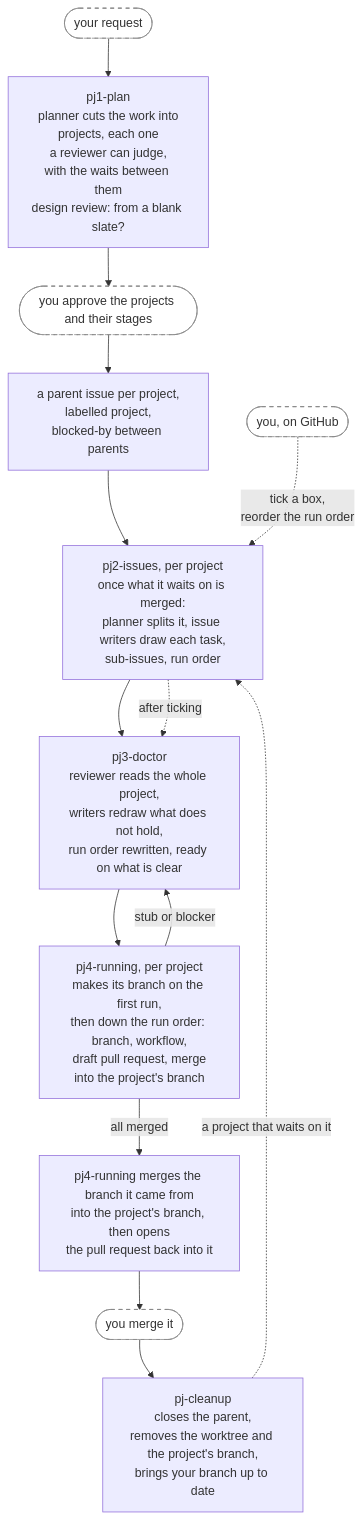
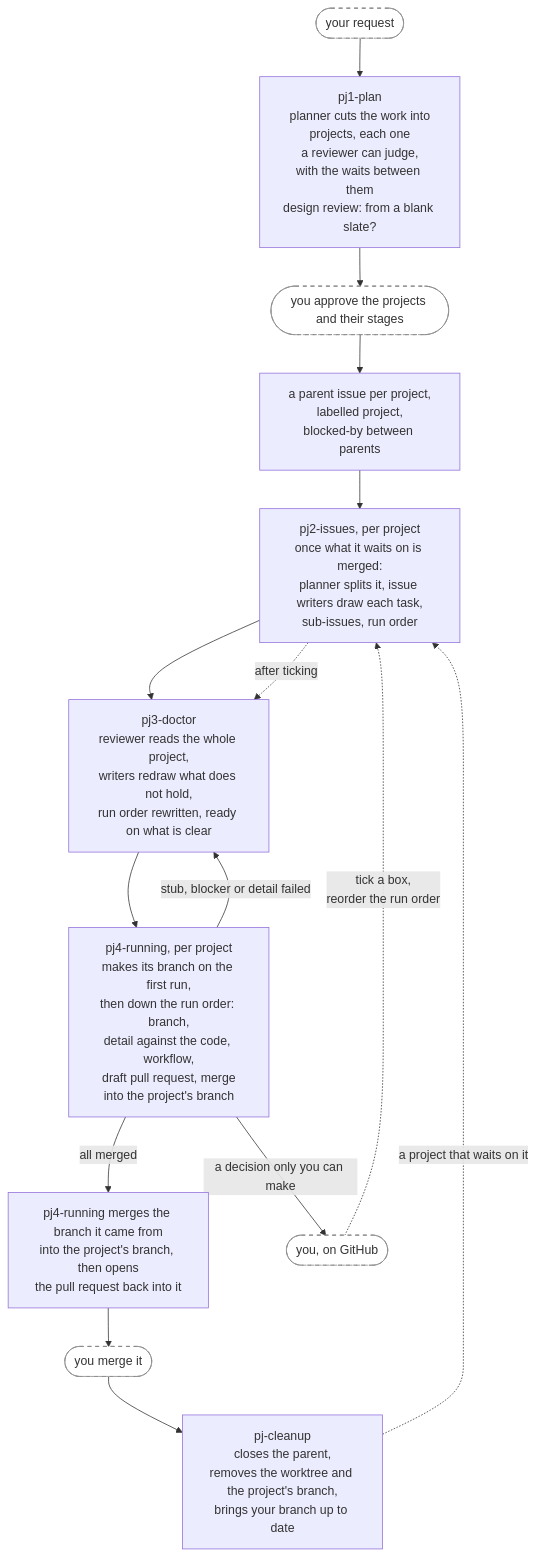
Before and after one commit to annetaan/claude-plugins: the third of 4 diagrams in plugins/annetaan/README.md, drawn with Mermaid. The commit also changed other lines of this file and 17 other files, not shown here.

First line of the commit message:
feat: detail each sub-issue against the base branch before it runs

````diff
--- a/plugins/annetaan/README.md
+++ b/plugins/annetaan/README.md
@@ -318,18 +320,19 @@
 ```mermaid
 flowchart TD
     req(["your request"]) --> plan["pj1-plan<br/>planner cuts the work into<br/>projects, each one<br/>a reviewer can judge,<br/>with the waits between them<br/>design review: from a blank slate?"]
     plan --> approve(["you approve the projects and their stages"]) --> filed["a parent issue per project,<br/>labelled project,<br/>blocked-by between parents"]
     filed --> split["pj2-issues, per project<br/>once what it waits on is merged:<br/>planner splits it, issue writers draw each task,<br/>sub-issues, run order"]
     split --> doctor["pj3-doctor<br/>reviewer reads the whole project,<br/>writers redraw what does not hold,<br/>run order rewritten, ready on what is clear"]
-    doctor --> run["pj4-running, per project<br/>makes its branch on the first run,<br/>then down the run order: branch, workflow,<br/>draft pull request, merge<br/>into the project's branch"]
-    run -->|"stub or blocker"| doctor
+    doctor --> run["pj4-running, per project<br/>makes its branch on the first run,<br/>then down the run order: branch,<br/>detail against the code, workflow,<br/>draft pull request, merge<br/>into the project's branch"]
+    run -->|"stub, blocker or detail failed"| doctor
     run -->|"all merged"| pr["pj4-running merges the branch it came from<br/>into the project's branch, then opens<br/>the pull request back into it"]
     pr --> done(["you merge it"]) --> cleanup["pj-cleanup<br/>closes the parent,<br/>removes the worktree and the project's branch,<br/>brings your branch up to date"]
     cleanup -.->|"a project that waits on it"| split
 
     you(["you, on GitHub"]) -.->|"tick a box,<br/>reorder the run order"| split
+    run -->|"a decision only you can make"| you
     split -.->|"after ticking"| doctor
 
     classDef human fill:#fff,stroke:#888,stroke-dasharray: 5 5
     class req,approve,you,done human
 ```
````
